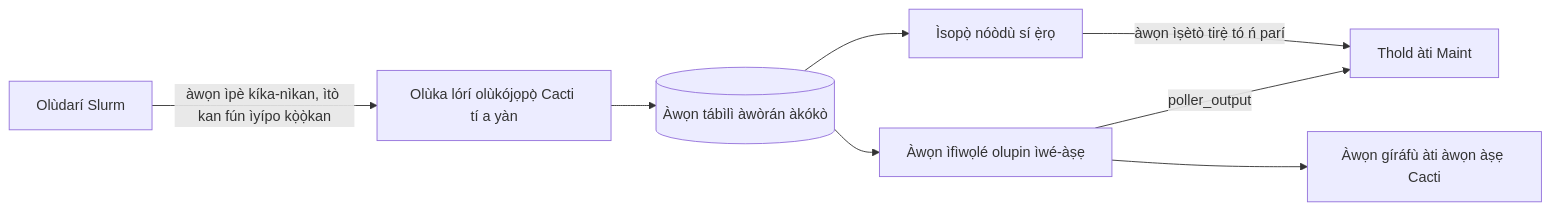
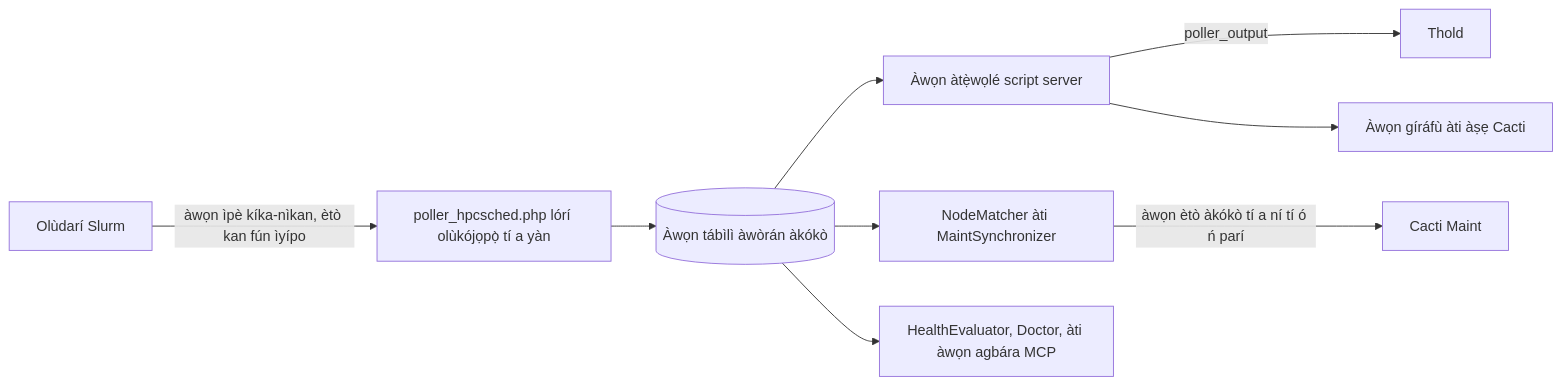
One commit to somethingwithproof/plugin_hpcsched changed the diagram in docs/i18n/yo-NG/README.md. Above: the diagram before and after it, drawn with Mermaid. The commit also changed other lines of this file and 48 other files, not shown here.

````diff
--- a/docs/i18n/yo-NG/README.md
+++ b/docs/i18n/yo-NG/README.md
@@ -109,10 +163,11 @@
 ```mermaid
 flowchart LR
-    S[Olùdarí Slurm] -->|àwọn ìpè kíka-nìkan, ìtò kan fún ìyípo kọ̀ọ̀kan| R[Olùka lórí olùkójọpọ̀ Cacti tí a yàn]
+    S[Olùdarí Slurm] -->|àwọn ìpè kíka-nìkan, ètò kan fún ìyípo| R[poller_hpcsched.php lórí olùkójọpọ̀ tí a yàn]
     R --> SNAP[(Àwọn tábìlì àwòrán àkókò)]
-    SNAP --> SS[Àwọn ìfìwọlé olupin ìwé-àṣẹ]
-    SS -->|poller_output| T[Thold àti Maint]
-    SS --> G[Àwọn gíráfù àti àwọn àṣẹ Cacti]
-    SNAP --> MAP[Ìsopọ̀ nóòdù sí ẹ̀rọ]
-    MAP -->|àwọn ìṣètò tirẹ̀ tó ń parí| T
+    SNAP --> SS[Àwọn àtẹ̀wọlé script server]
+    SS -->|poller_output| T[Thold]
+    SS --> G[Àwọn gíráfù àti àṣẹ Cacti]
+    SNAP --> MAP[NodeMatcher àti MaintSynchronizer]
+    MAP -->|àwọn ètò àkókò tí a ní tí ó ń parí| M[Cacti Maint]
+    SNAP --> H[HealthEvaluator, Doctor, àti àwọn agbára MCP]
 ```
````
